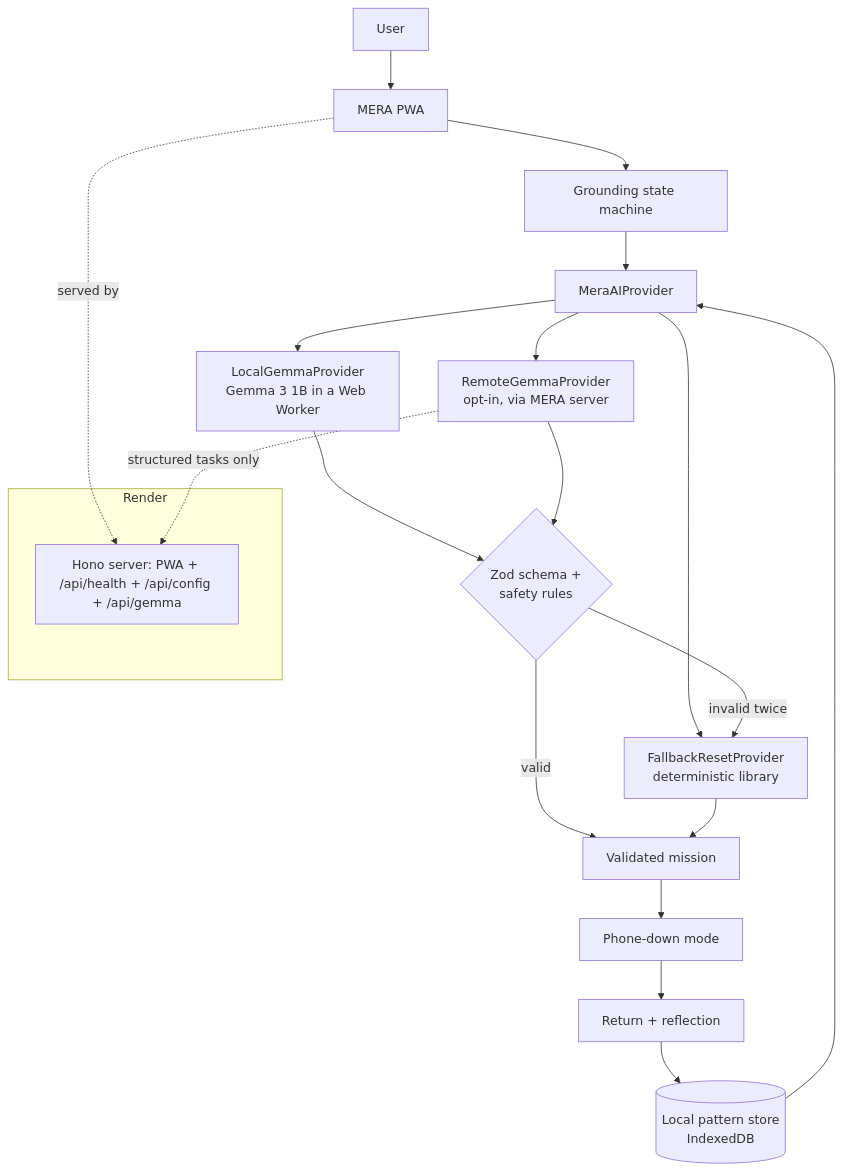
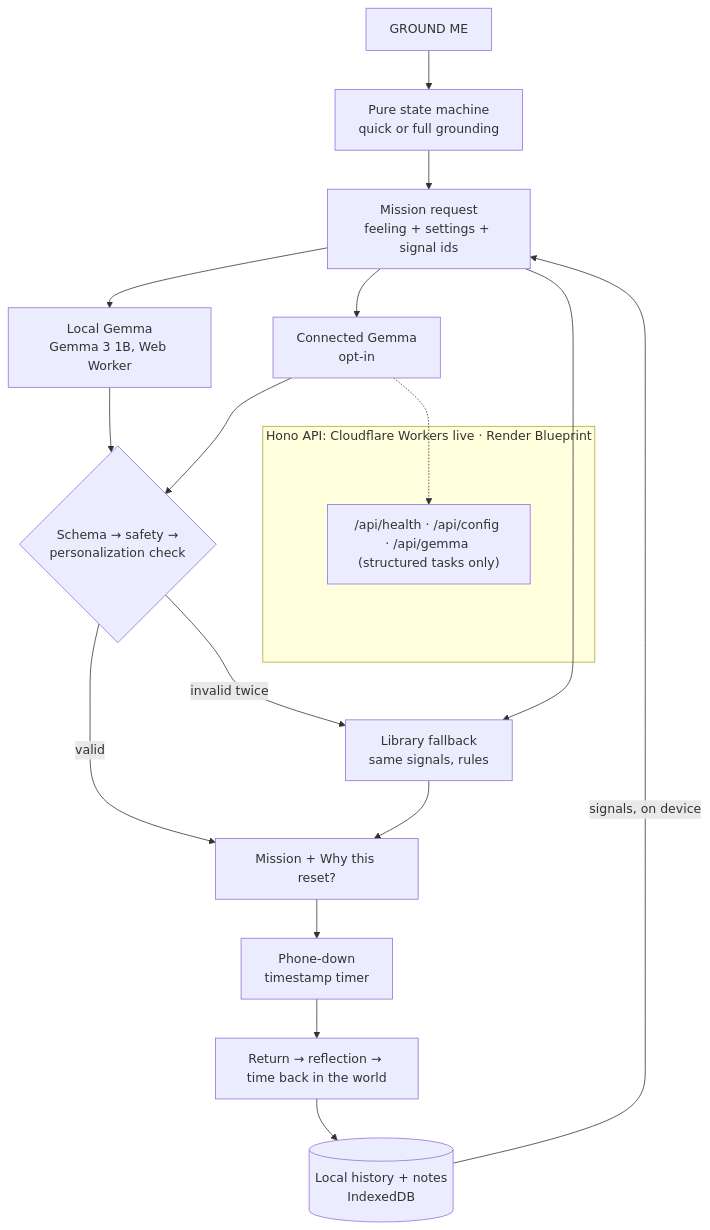
The diagram in README.md (CasMazariegos/mera), drawn with Mermaid before and after one commit. The commit also changed other lines of this file and 77 other files, not shown here.

First line of the commit message:
Judge-ready upgrade: real Gemma personalization, quick path, time back in the world

````diff
--- a/README.md
+++ b/README.md
@@ -99,23 +138,21 @@
 ```mermaid
 flowchart TD
-  U[User] --> P[MERA PWA]
-  P --> SM[Grounding state machine]
-  SM --> AI[MeraAIProvider]
-  AI --> L[LocalGemmaProvider<br/>Gemma 3 1B in a Web Worker]
-  AI --> R[RemoteGemmaProvider<br/>opt-in, via MERA server]
-  AI --> F[FallbackResetProvider<br/>deterministic library]
-  L --> V{Zod schema +<br/>safety rules}
+  U[GROUND ME] --> SM[Pure state machine<br/>quick or full grounding]
+  SM --> REQ[Mission request<br/>feeling + settings + signal ids]
+  H[(Local history + notes<br/>IndexedDB)] -->|signals, on device| REQ
+  REQ --> L[Local Gemma<br/>Gemma 3 1B, Web Worker]
+  REQ --> R[Connected Gemma<br/>opt-in]
+  REQ --> F[Library fallback<br/>same signals, rules]
+  L --> V{Schema → safety →<br/>personalization check}
   R --> V
-  V -- valid --> M[Validated mission]
+  V -- valid --> M[Mission + Why this reset?]
   V -- invalid twice --> F
   F --> M
-  M --> PD[Phone-down mode]
-  PD --> RF[Return + reflection]
-  RF --> DB[(Local pattern store<br/>IndexedDB)]
-  DB --> AI
-  subgraph Render
-    S[Hono server: PWA + /api/health + /api/config + /api/gemma]
+  M --> PD[Phone-down<br/>timestamp timer]
+  PD --> RT[Return → reflection → time back in the world]
+  RT --> H
+  subgraph Server [Hono API: Cloudflare Workers live · Render Blueprint]
+    S["/api/health · /api/config · /api/gemma (structured tasks only)"]
   end
-  P -. served by .-> S
-  R -. structured tasks only .-> S
+  R -.-> S
 ```
````
